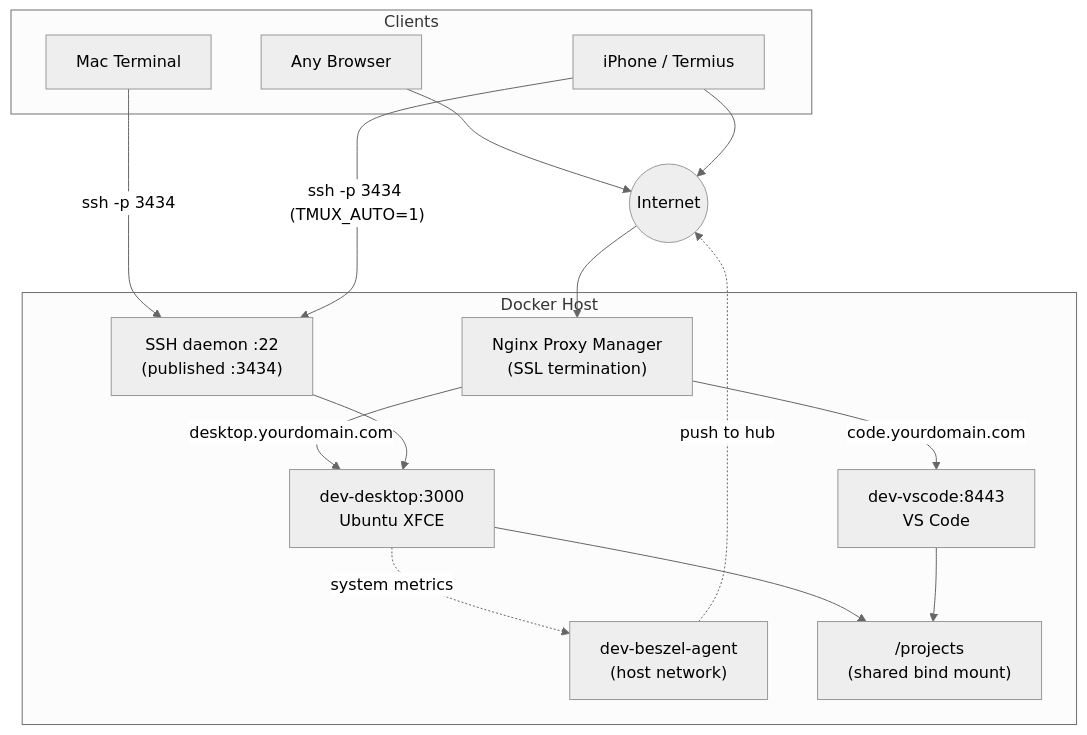
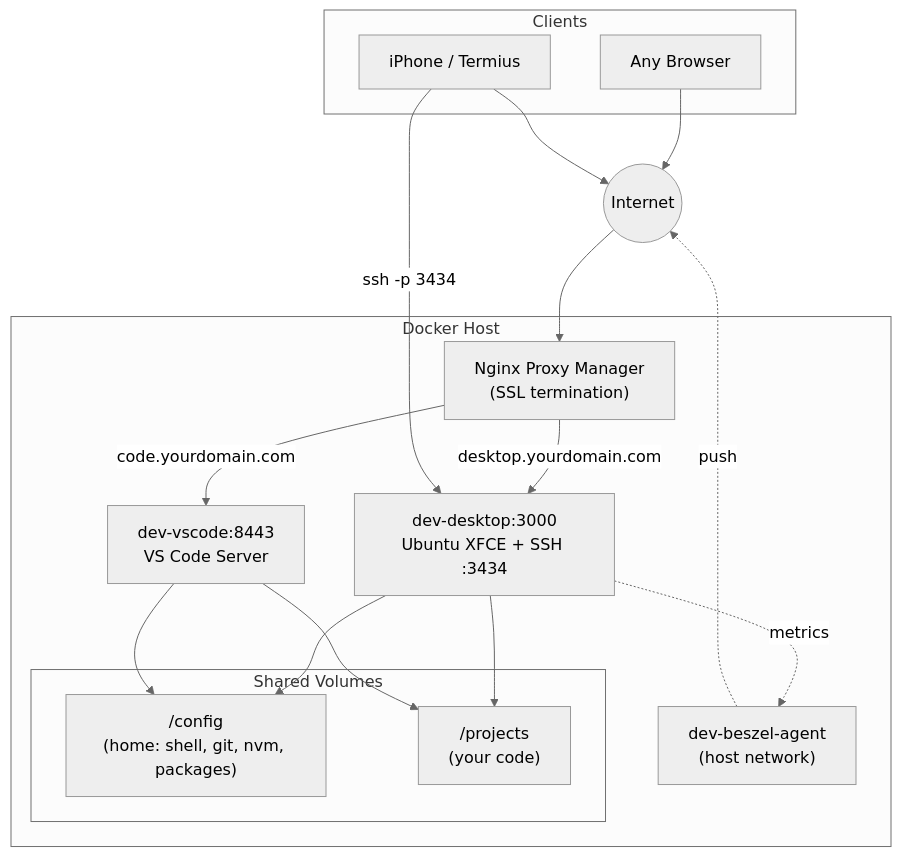
Before and after one commit to Piero24/Cloud-Dev-Desktop: the diagram in cloud-dev-docs/docs/index.mdx, drawn with Mermaid (neutral theme). The commit also changed other lines of this file and 7 other files, not shown here.

````diff
--- a/cloud-dev-docs/docs/index.mdx
+++ b/cloud-dev-docs/docs/index.mdx
@@ -21,32 +20,33 @@
 ```mermaid
 flowchart TB
     Internet((Internet))
 
-    subgraph Server["Docker Host"]
+    subgraph Host["Docker Host"]
         NPM["Nginx Proxy Manager\n(SSL termination)"]
-        Desktop["dev-desktop:3000\nUbuntu XFCE"]
-        Code["dev-vscode:8443\nVS Code"]
+        subgraph Shared["Shared Volumes"]
+            Config["/config\n(home: shell, git, nvm, packages)"]
+            Projects["/projects\n(your code)"]
+        end
+        Desktop["dev-desktop:3000\nUbuntu XFCE + SSH :3434"]
+        Code["dev-vscode:8443\nVS Code Server"]
         Beszel["dev-beszel-agent\n(host network)"]
-        SSH["SSH daemon :22\n(published :3434)"]
-        Projects["/projects\n(shared bind mount)"]
     end
 
     subgraph Clients["Clients"]
         Browser["Any Browser"]
-        Mac["Mac Terminal"]
         Phone["iPhone / Termius"]
     end
 
     Internet --> NPM
     NPM -->|"desktop.yourdomain.com"| Desktop
     NPM -->|"code.yourdomain.com"| Code
+    Desktop --> Config
     Desktop --> Projects
+    Code --> Config
     Code --> Projects
-    Mac -->|"ssh -p 3434"| SSH
-    Phone -->|"ssh -p 3434 (TMUX_AUTO=1)"| SSH
-    SSH --> Desktop
+    Phone -->|"ssh -p 3434"| Desktop
     Browser --> Internet
     Phone --> Internet
-    Desktop -.->|"system metrics"| Beszel
-    Beszel -.->|"push to hub"| Internet
+    Desktop -.->|"metrics"| Beszel
+    Beszel -.->|"push"| Internet
 ```
````
